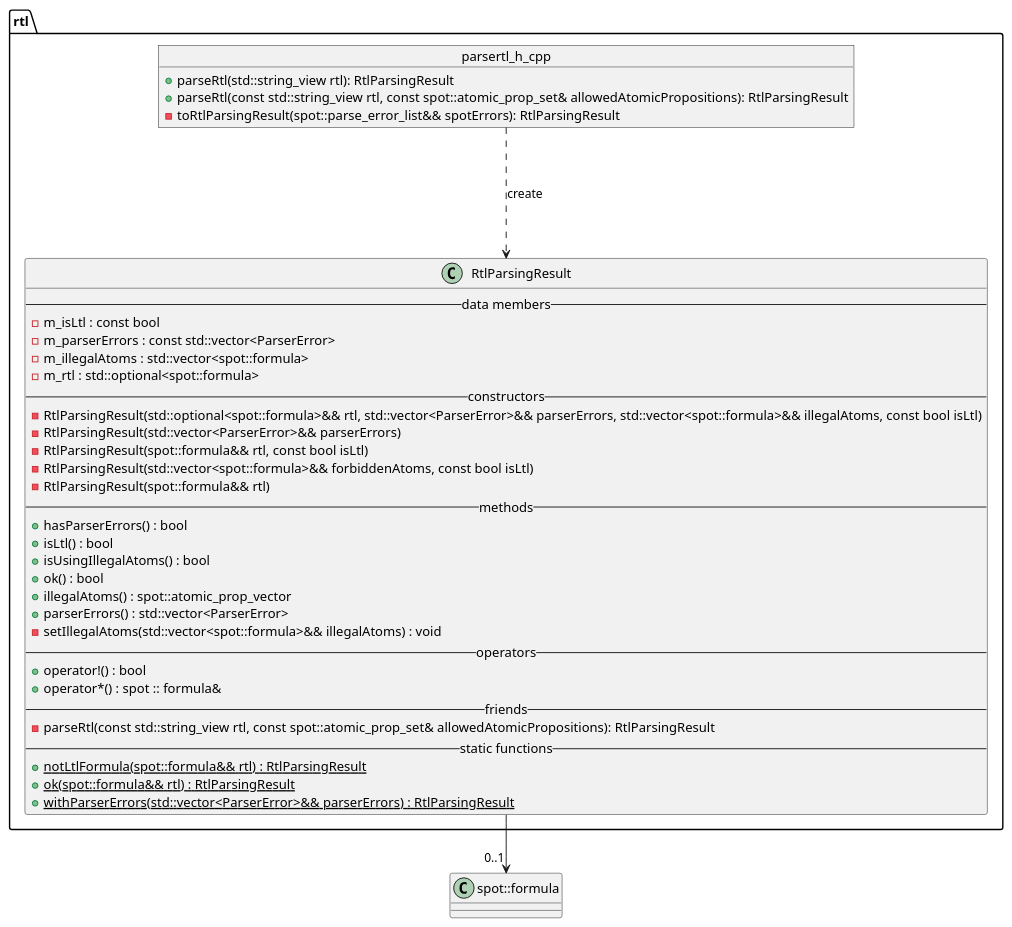
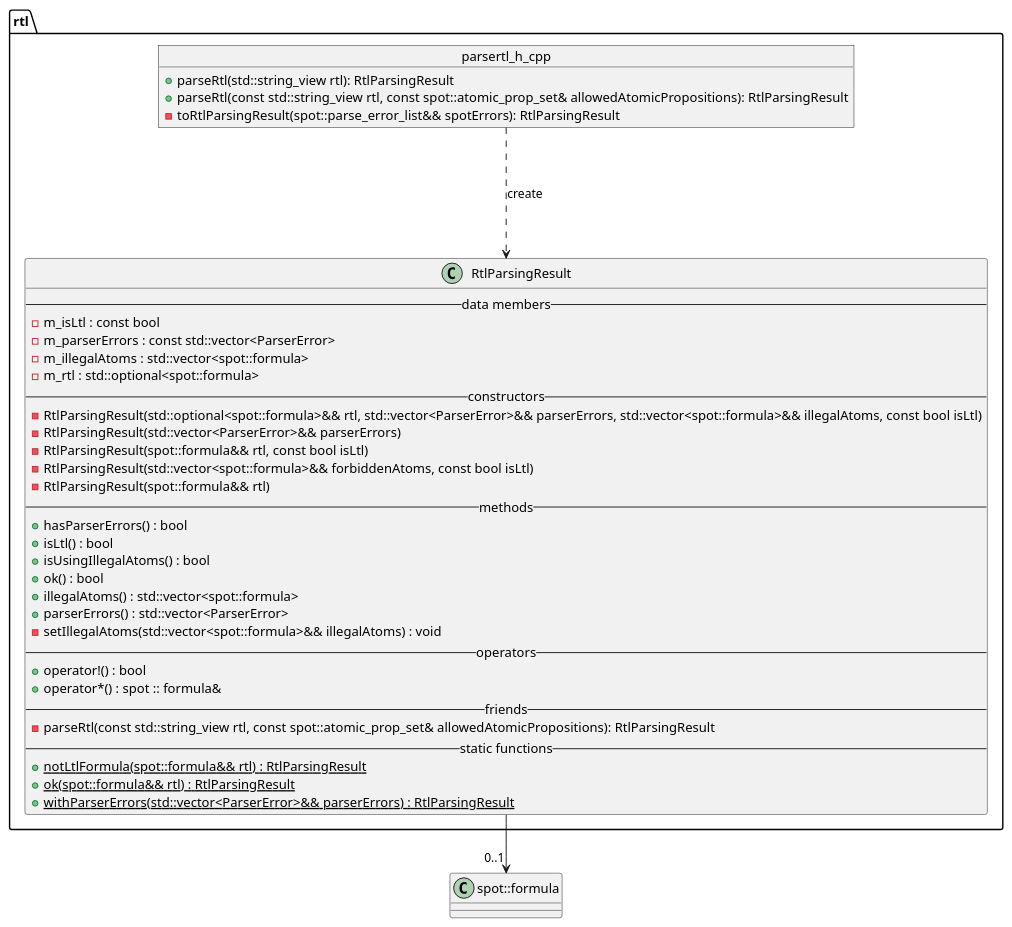
One commit to vtramo/rtl-mc changed the diagram in docs/plantuml/parser-rtl.puml. Above: the diagram before and after it, drawn with PlantUML. The commit also changed 34 other files, not shown here.

Commit message:
refactor: refactoring: move formula functions from spot-utils to formula package

```diff
--- a/docs/plantuml/parser-rtl.puml
+++ b/docs/plantuml/parser-rtl.puml
@@ -1,46 +1,46 @@
 @startuml parser-rtl
 package rtl {
     class RtlParsingResult {
         --data members--
         -m_isLtl : const bool
         -m_parserErrors : const std::vector<ParserError>
         -m_illegalAtoms : std::vector<spot::formula>
         -m_rtl : std::optional<spot::formula>
         --constructors--
         -RtlParsingResult(std::optional<spot::formula>&& rtl, std::vector<ParserError>&& parserErrors, std::vector<spot::formula>&& illegalAtoms, const bool isLtl)
         -RtlParsingResult(std::vector<ParserError>&& parserErrors)
         -RtlParsingResult(spot::formula&& rtl, const bool isLtl)
         -RtlParsingResult(std::vector<spot::formula>&& forbiddenAtoms, const bool isLtl)
         -RtlParsingResult(spot::formula&& rtl)
         --methods--
         +hasParserErrors() : bool
         +isLtl() : bool
         +isUsingIllegalAtoms() : bool
         +ok() : bool
-        +illegalAtoms() : spot::atomic_prop_vector
+        +illegalAtoms() : std::vector<spot::formula>
         +parserErrors() : std::vector<ParserError>
         -setIllegalAtoms(std::vector<spot::formula>&& illegalAtoms) : void
         --operators--
         +operator!() : bool
         +operator*() : spot :: formula&
         --friends--
         -parseRtl(const std::string_view rtl, const spot::atomic_prop_set& allowedAtomicPropositions): RtlParsingResult
         --static functions--
         +{static} notLtlFormula(spot::formula&& rtl) : RtlParsingResult
         +{static} ok(spot::formula&& rtl) : RtlParsingResult
         +{static} withParserErrors(std::vector<ParserError>&& parserErrors) : RtlParsingResult
     }
 
     object parsertl_h_cpp {
         +parseRtl(std::string_view rtl): RtlParsingResult
         +parseRtl(const std::string_view rtl, const spot::atomic_prop_set& allowedAtomicPropositions): RtlParsingResult
         -toRtlParsingResult(spot::parse_error_list&& spotErrors): RtlParsingResult
     }
 }
 
 class spot::formula {}
 
 RtlParsingResult --> "0..1" spot::formula
 parsertl_h_cpp ...> RtlParsingResult : create
 
 @enduml
```
